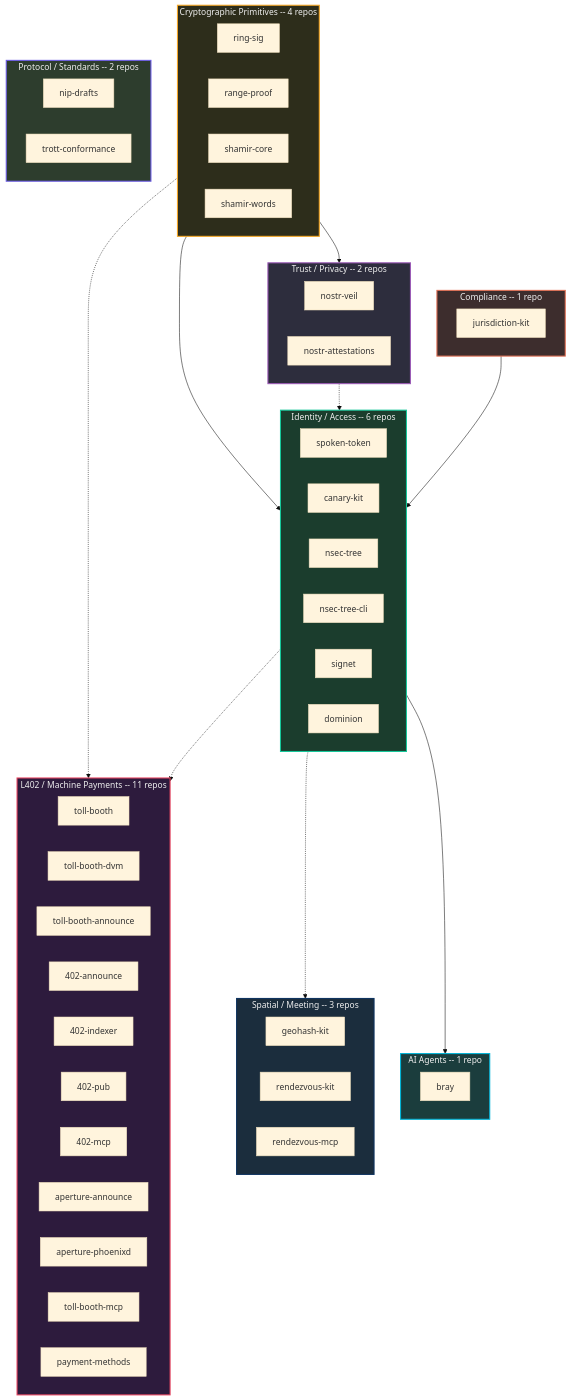
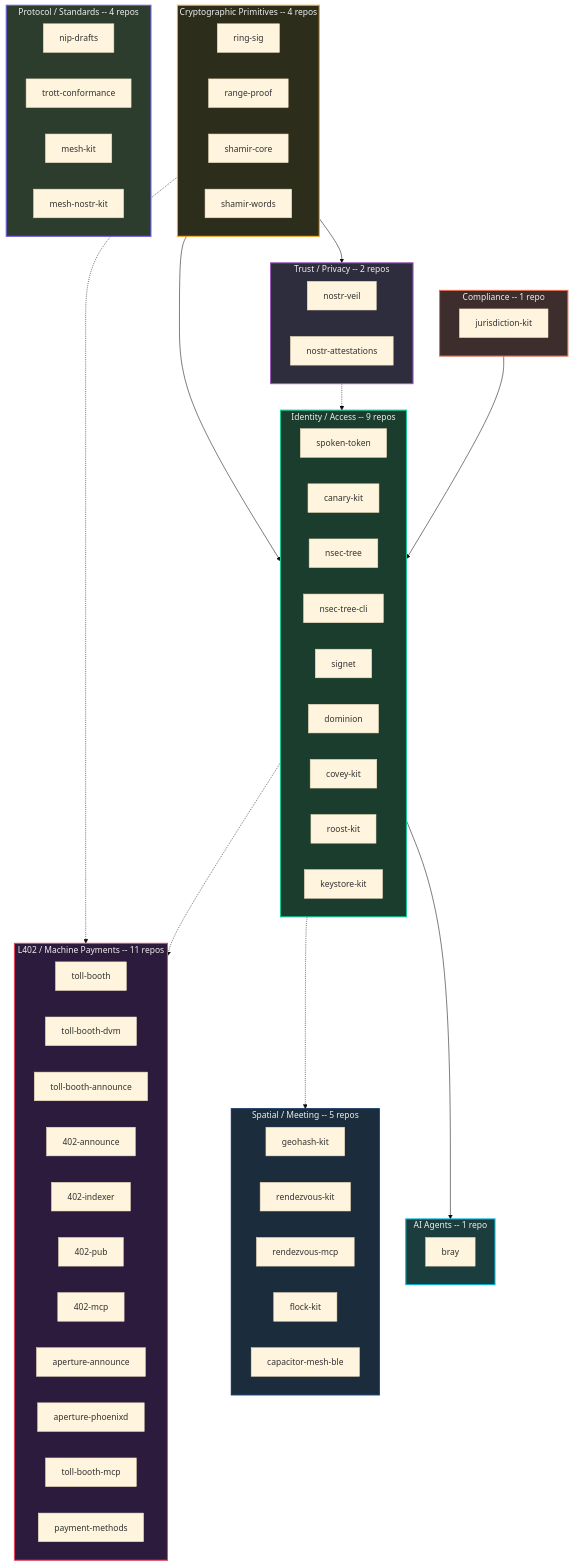
One commit to forgesworn/.github changed the first of 2 diagrams in docs/ecosystem-overview.md. Above: the diagram before and after it, drawn with Mermaid (base theme). The commit also changed other lines of this file, not shown here.

Commit message:
docs: add the flock ecosystem to the ecosystem overview map
flock-kit + capacitor-mesh-ble (Spatial 3->5), covey-kit + roost-kit +
keystore-kit (Identity 6->9), mesh-kit + mesh-nostr-kit (Protocol 2->4)
— system-context diagram, stack-connection view, and categories table.

```diff
--- a/docs/ecosystem-overview.md
+++ b/docs/ecosystem-overview.md
@@ -23,14 +23,16 @@
         p11["payment-methods"]
     end
 
-    subgraph spatial["Spatial / Meeting -- 3 repos"]
+    subgraph spatial["Spatial / Meeting -- 5 repos"]
         direction LR
         s1["geohash-kit"]
         s2["rendezvous-kit"]
         s3["rendezvous-mcp"]
+        s4["flock-kit"]
+        s5["capacitor-mesh-ble"]
     end
 
-    subgraph identity["Identity / Access -- 6 repos"]
+    subgraph identity["Identity / Access -- 9 repos"]
         direction LR
         i1["spoken-token"]
         i2["canary-kit"]
@@ -38,6 +40,9 @@
         i4["nsec-tree-cli"]
         i5["signet"]
         i6["dominion"]
+        i7["covey-kit"]
+        i8["roost-kit"]
+        i9["keystore-kit"]
     end
 
     subgraph agents["AI Agents -- 1 repo"]
@@ -64,10 +69,12 @@
         c1["jurisdiction-kit"]
     end
 
-    subgraph protocol["Protocol / Standards -- 2 repos"]
+    subgraph protocol["Protocol / Standards -- 4 repos"]
         direction LR
         pr1["nip-drafts"]
         pr2["trott-conformance"]
+        pr3["mesh-kit"]
+        pr4["mesh-nostr-kit"]
     end
 
     foundation --> identity
@@ -109,6 +116,13 @@
     click c1 "https://github.com/forgesworn/jurisdiction-kit" _blank
     click pr1 "https://github.com/forgesworn/nip-drafts" _blank
     click pr2 "https://github.com/forgesworn/trott-conformance" _blank
+    click s4 "https://github.com/forgesworn/flock-kit" _blank
+    click s5 "https://github.com/forgesworn/capacitor-mesh-ble" _blank
+    click i7 "https://github.com/forgesworn/covey-kit" _blank
+    click i8 "https://github.com/forgesworn/roost-kit" _blank
+    click i9 "https://github.com/forgesworn/keystore-kit" _blank
+    click pr3 "https://github.com/forgesworn/mesh-kit" _blank
+    click pr4 "https://github.com/forgesworn/mesh-nostr-kit" _blank
 
     style payments fill:#2d1b3d,stroke:#e94560,color:#eee,stroke-width:2px
     style spatial fill:#1b2d3d,stroke:#0f3460,color:#eee,stroke-width:2px
```
